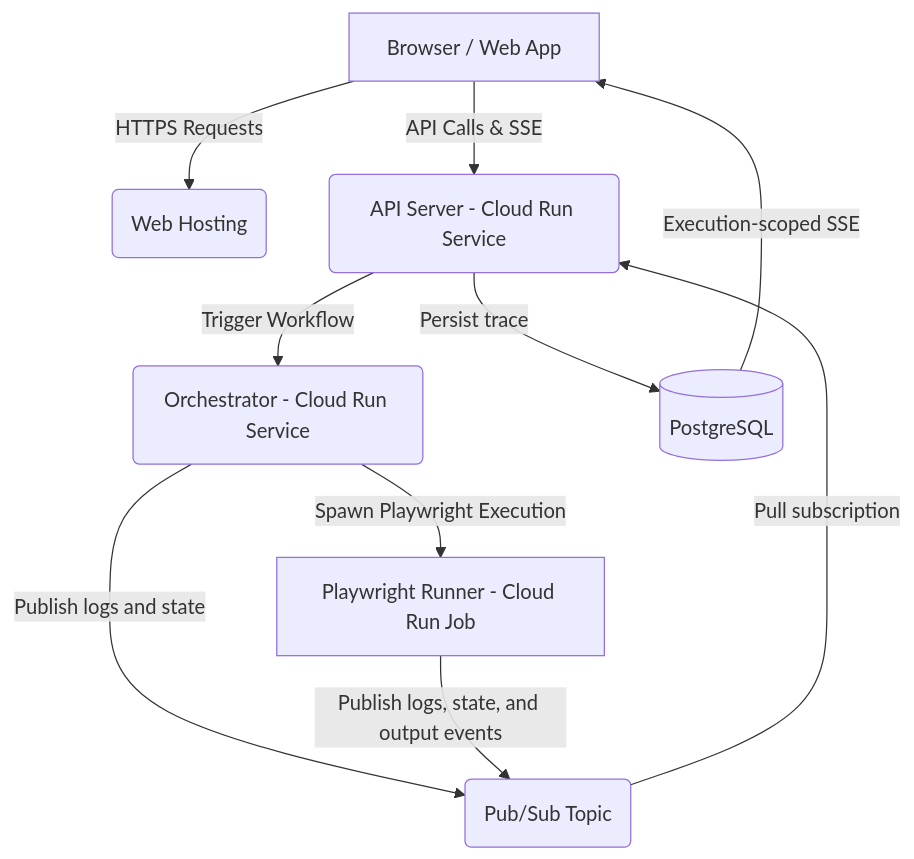
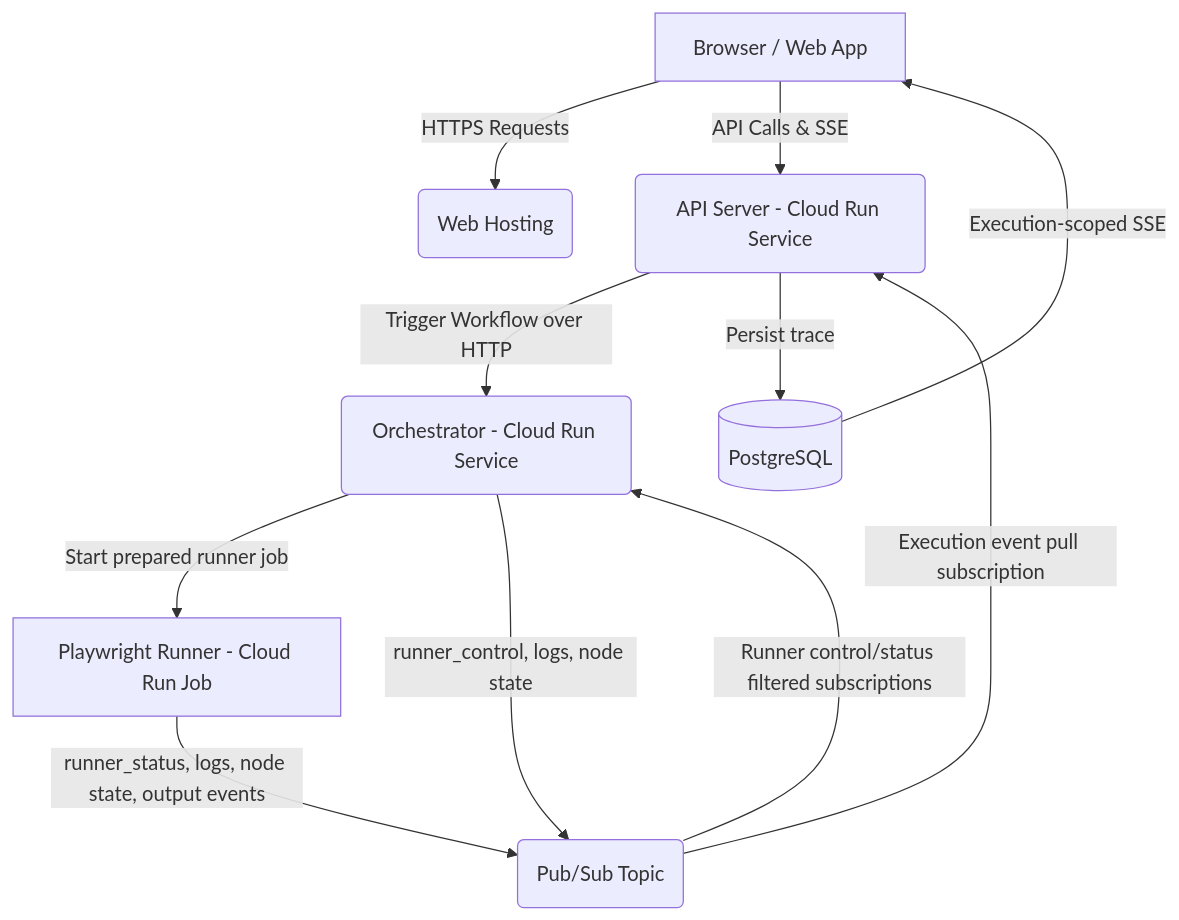
One commit to playrunner/playrunner changed the diagram in docs/docs/cloud-architecture/gcp/index.md. Above: the diagram before and after it, drawn with Mermaid. The commit also changed other lines of this file and 11 other files, not shown here.

First line of the commit message:
refactor: update GCP runner architecture and messaging flow

````diff
--- a/docs/docs/cloud-architecture/gcp/index.md
+++ b/docs/docs/cloud-architecture/gcp/index.md
@@ -20,12 +20,13 @@
 ```mermaid
 graph TD
     A[Browser / Web App] -->|HTTPS Requests| B(Web Hosting)
     A -->|API Calls & SSE| C(API Server - Cloud Run Service)
-    C -->|Trigger Workflow| D(Orchestrator - Cloud Run Service)
-    D -->|Spawn Playwright Execution| E[Playwright Runner - Cloud Run Job]
-    D -->|Publish logs and state| F(Pub/Sub Topic)
-    E -->|Publish logs, state, and output events| F
-    F -->|Pull subscription| C
+    C -->|Trigger Workflow over HTTP| D(Orchestrator - Cloud Run Service)
+    D -->|Start prepared runner job| E[Playwright Runner - Cloud Run Job]
+    D -->|runner_control, logs, node state| F(Pub/Sub Topic)
+    E -->|runner_status, logs, node state, output events| F
+    F -->|Execution event pull subscription| C
+    F -->|Runner control/status filtered subscriptions| D
     C -->|Persist trace| G[(PostgreSQL)]
     G -->|Execution-scoped SSE| A
 ```
````
